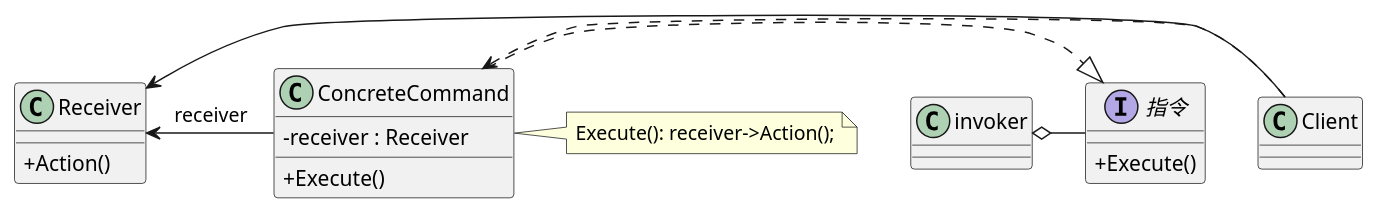
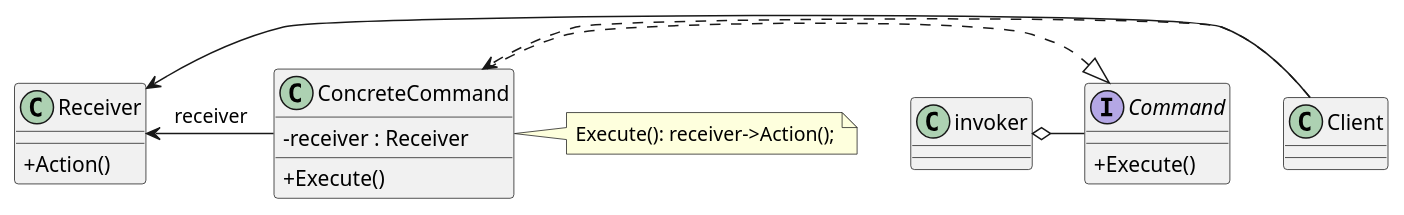
The diagram in 4. Command-Pattern-Example/src/class_diagram/command_pattern.puml (JS-Zheng/blog), drawn with PlantUML before and after one commit. The commit also changed 11 other files, not shown here.

```diff
--- a/4. Command-Pattern-Example/src/class_diagram/command_pattern.puml
+++ b/4. Command-Pattern-Example/src/class_diagram/command_pattern.puml
@@ -1,45 +1,45 @@
 @startuml
 
 skinparam classAttributeIconSize 0
 
 
 together {
 
 class Client
 
 class invoker
 
-interface 指令{
+interface Command{
 + Execute()
 }
 
 
 
 
 }
 
 together {
 
 class Receiver{
 + Action()
 }
 
 class ConcreteCommand{
 - receiver : Receiver
 
 + Execute()
 }
 
 
 }
 note right of ConcreteCommand : Execute(): receiver->Action();
 
 Client ..> ConcreteCommand
 Client -> Receiver
 
-invoker o- 指令
+invoker o- Command
 
-ConcreteCommand .|>  指令
+ConcreteCommand .|>  Command
 Receiver <- ConcreteCommand : "receiver"
 
 @enduml
```
